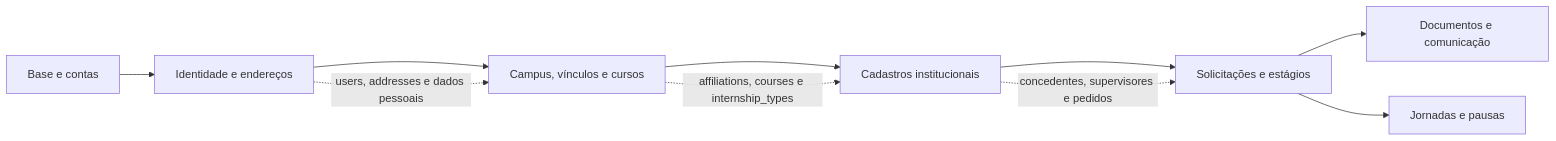
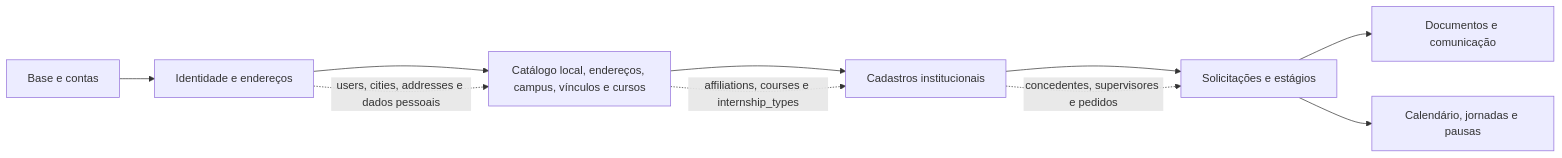
The diagram in docs/diagrams/sources/migrations-ordem.mmd (sge-suite/docs), drawn with Mermaid before and after one commit. The commit also changed 34 other files, not shown here.

Commit message:
docs: document local cities and holiday calendar

```diff
--- a/docs/diagrams/sources/migrations-ordem.mmd
+++ b/docs/diagrams/sources/migrations-ordem.mmd
@@ -1,11 +1,11 @@
 flowchart LR
     A[Base e contas] --> B[Identidade e endereços]
-    B --> C[Campus, vínculos e cursos]
+    B --> C[Catálogo local, endereços, campus, vínculos e cursos]
     C --> D[Cadastros institucionais]
     D --> E[Solicitações e estágios]
     E --> F[Documentos e comunicação]
-    E --> G[Jornadas e pausas]
+    E --> G[Calendário, jornadas e pausas]
 
-    B -. users, addresses e dados pessoais .-> C
+    B -. users, cities, addresses e dados pessoais .-> C
     C -. affiliations, courses e internship_types .-> D
     D -. concedentes, supervisores e pedidos .-> E
```
